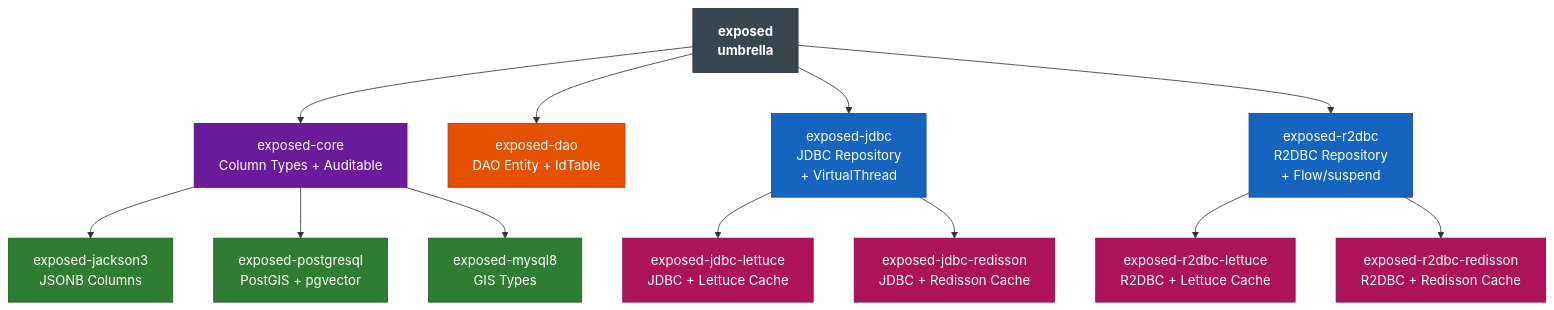
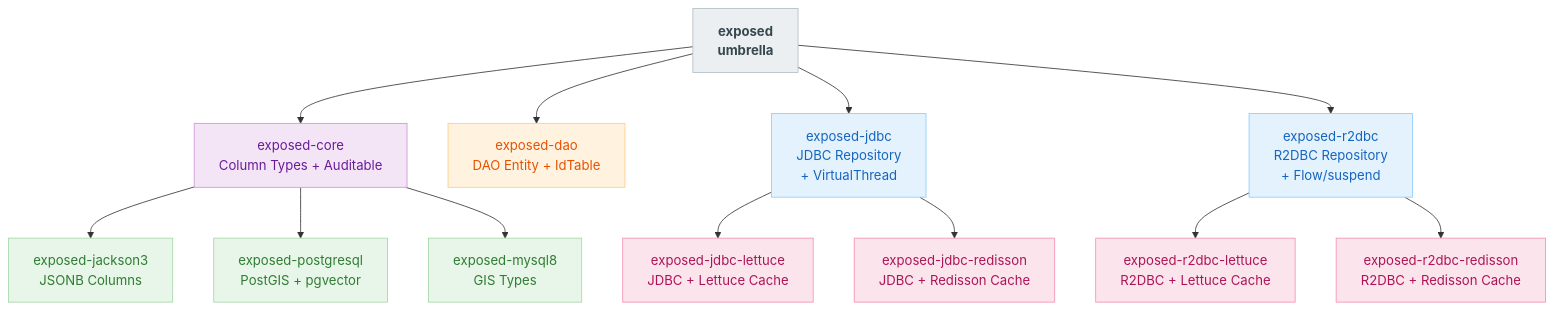
The first of 2 diagrams in data/exposed/README.md (bluetape4k/bluetape4k-projects), drawn with Mermaid before and after one commit. The commit also changed other lines of this file and 219 other files, not shown here.

First line of the commit message:
docs: 전체 README Mermaid 다이어그램 가이드 적용

````diff
--- a/data/exposed/README.md
+++ b/data/exposed/README.md
@@ -95,34 +95,34 @@
 ```mermaid
 flowchart TD
     E[exposed\numbrella] --> EC[exposed-core\nColumn Types + Auditable]
     E --> ED[exposed-dao\nDAO Entity + IdTable]
     E --> EJ[exposed-jdbc\nJDBC Repository\n+ VirtualThread]
     E --> ER[exposed-r2dbc\nR2DBC Repository\n+ Flow/suspend]
 
     EC --> EJK[exposed-jackson3\nJSONB Columns]
     EC --> EP[exposed-postgresql\nPostGIS + pgvector]
     EC --> EM[exposed-mysql8\nGIS Types]
     EJ --> EJL[exposed-jdbc-lettuce\nJDBC + Lettuce Cache]
     EJ --> EJR[exposed-jdbc-redisson\nJDBC + Redisson Cache]
     ER --> ERL[exposed-r2dbc-lettuce\nR2DBC + Lettuce Cache]
     ER --> ERR[exposed-r2dbc-redisson\nR2DBC + Redisson Cache]
 
-    classDef umbrellaStyle fill:#37474F,stroke:#263238,color:#FFFFFF,font-weight:bold
-    classDef coreStyle fill:#6A1B9A,stroke:#4A148C,color:#FFFFFF
-    classDef daoStyle fill:#E65100,stroke:#BF360C,color:#FFFFFF
-    classDef jdbcStyle fill:#1565C0,stroke:#0D47A1,color:#FFFFFF
-    classDef extStyle fill:#2E7D32,stroke:#1B5E20,color:#FFFFFF
-    classDef cacheStyle fill:#AD1457,stroke:#880E4F,color:#FFFFFF
+    classDef umbrellaStyle fill:#ECEFF1,stroke:#B0BEC5,color:#37474F,font-weight:bold
+    classDef coreStyle fill:#F3E5F5,stroke:#CE93D8,color:#6A1B9A
+    classDef daoStyle fill:#FFF3E0,stroke:#FFCC80,color:#E65100
+    classDef jdbcStyle fill:#E3F2FD,stroke:#90CAF9,color:#1565C0
+    classDef extStyle fill:#E8F5E9,stroke:#A5D6A7,color:#2E7D32
+    classDef cacheStyle fill:#FCE4EC,stroke:#F48FB1,color:#AD1457
     class E umbrellaStyle
     class EC coreStyle
     class ED daoStyle
     class EJ jdbcStyle
     class ER jdbcStyle
     class EJK extStyle
     class EP extStyle
     class EM extStyle
     class EJL cacheStyle
     class EJR cacheStyle
     class ERL cacheStyle
     class ERR cacheStyle
 ```
````
